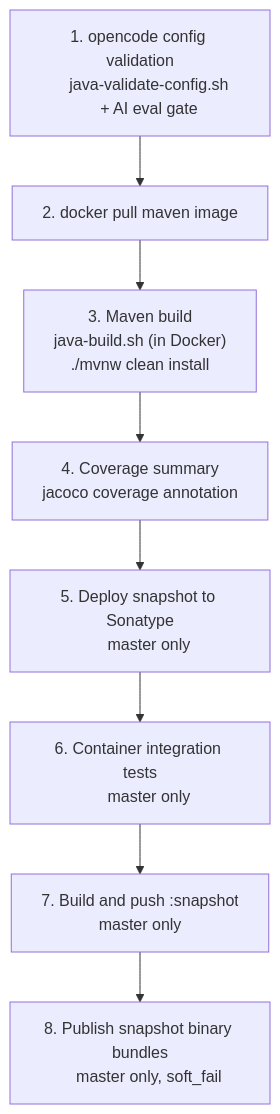
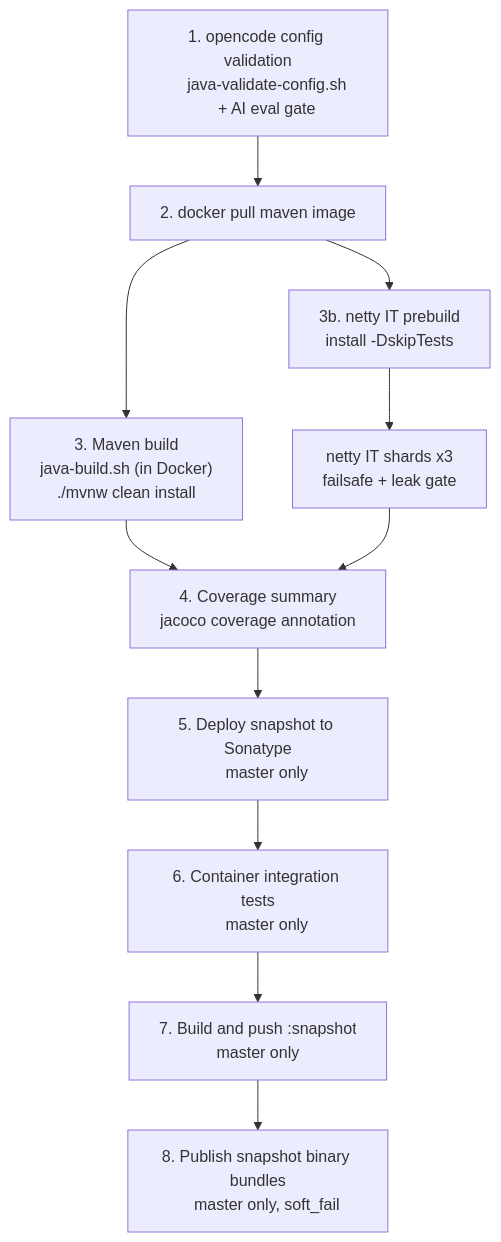
Before and after one commit to inspire12/mockserver: the fourth of 11 diagrams in docs/infrastructure/ci-cd.md, drawn with Mermaid. The commit also changed other lines of this file and 10 other files, not shown here.

First line of the commit message:
ci(java): run netty integration tests in three parallel shards

````diff
--- a/docs/infrastructure/ci-cd.md
+++ b/docs/infrastructure/ci-cd.md
@@ -350,21 +350,26 @@
 ```mermaid
 flowchart TD
     CONFIG["1. opencode config validation
     java-validate-config.sh
     + AI eval gate"]
     PULL["2. docker pull maven image"]
     CONFIG --> PULL
     PULL --> BUILD["3. Maven build
     java-build.sh (in Docker)
     ./mvnw clean install"]
+    PULL --> PRE["3b. netty IT prebuild
+    install -DskipTests"]
+    PRE --> SHARDS["netty IT shards x3
+    failsafe + leak gate"]
     BUILD --> SUMMARY["4. Coverage summary
     jacoco coverage annotation"]
+    SHARDS --> SUMMARY
     SUMMARY --> DEPLOY["5. Deploy snapshot to Sonatype
     master only"]
     DEPLOY --> CTESTS["6. Container integration tests
     master only"]
     CTESTS --> PUSH["7. Build and push :snapshot
     master only"]
     PUSH --> BUNDLES["8. Publish snapshot binary bundles
     master only, soft_fail"]
 ```
````
